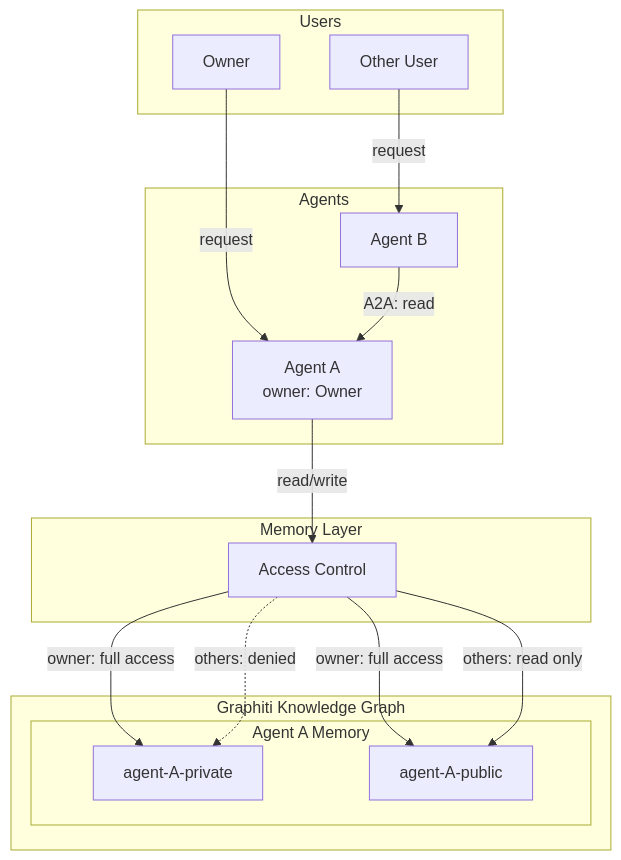
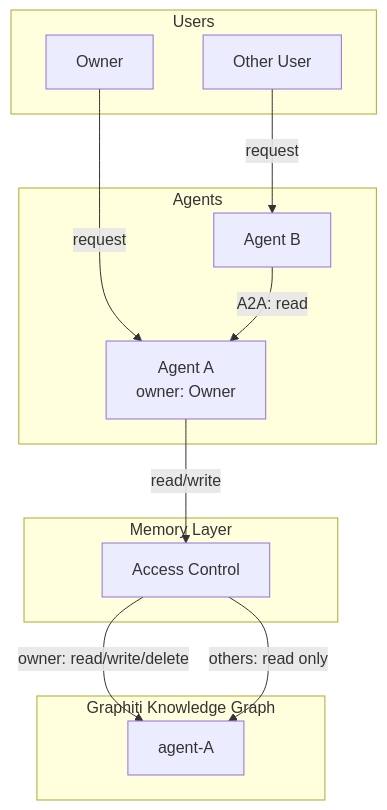
One commit to lunarr-ai/a4s changed the first of 3 diagrams in docs/memory.md. Above: the diagram before and after it, drawn with Mermaid. The commit also changed other lines of this file and 10 other files, not shown here.

Commit message:
remove mem0 and private/public memory implementation

````diff
--- a/docs/memory.md
+++ b/docs/memory.md
@@ -9,34 +9,29 @@
 ```mermaid
 flowchart TB
     subgraph Users
         Owner[Owner]
         Other[Other User]
     end
 
     subgraph Agents
         AgentA[Agent A<br/>owner: Owner]
         AgentB[Agent B]
     end
 
     subgraph "Memory Layer"
         AC[Access Control]
     end
 
     subgraph "Graphiti Knowledge Graph"
-        subgraph "Agent A Memory"
-            Private["agent-A-private"]
-            Public["agent-A-public"]
-        end
+        Memory["agent-A"]
     end
 
     Owner -->|"request"| AgentA
     Other -->|"request"| AgentB
     AgentB -->|"A2A: read"| AgentA
 
     AgentA -->|"read/write"| AC
 
-    AC -->|"owner: full access"| Private
-    AC -->|"owner: full access"| Public
-    AC -->|"others: read only"| Public
-    AC -.->|"others: denied"| Private
+    AC -->|"owner: read/write/delete"| Memory
+    AC -->|"others: read only"| Memory
 ```
````
